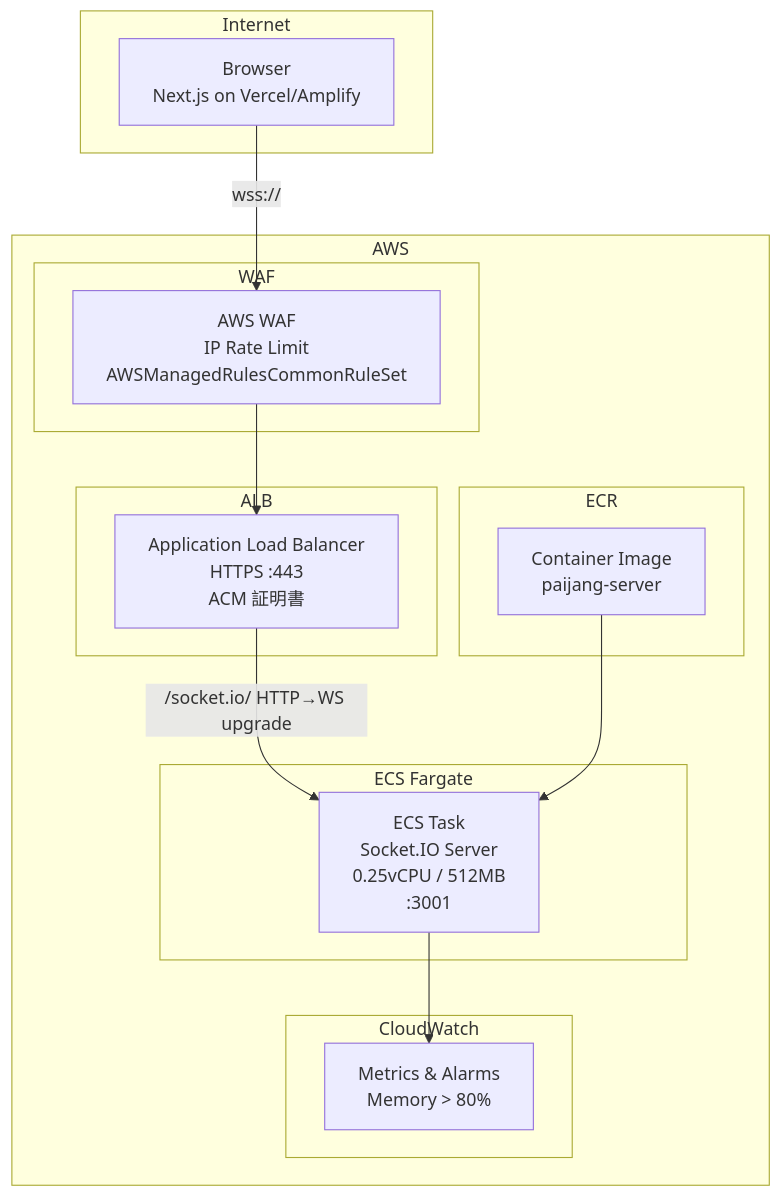
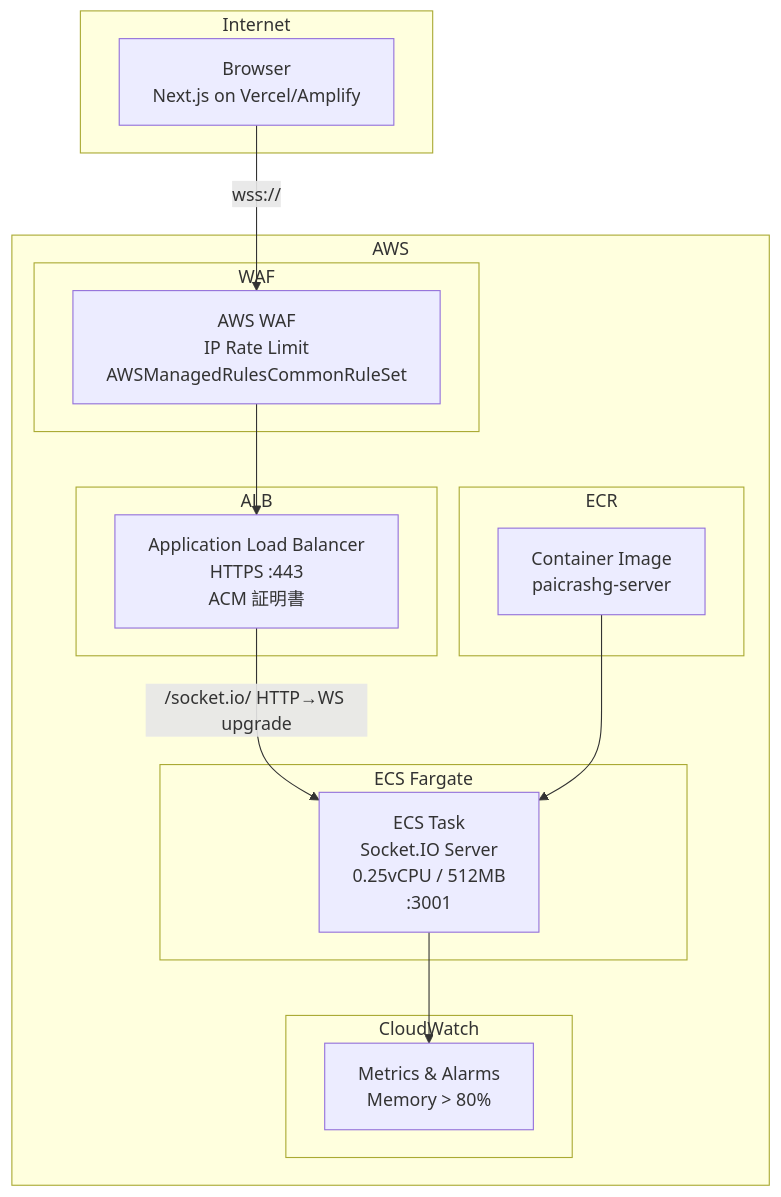
The second of 8 diagrams in .kiro/specs/online-multiplayer/design.md (df-yamashitamasashi/paicrash), drawn with Mermaid before and after one commit. The commit also changed other lines of this file and 34 other files, not shown here.

````diff
--- a/.kiro/specs/online-multiplayer/design.md
+++ b/.kiro/specs/online-multiplayer/design.md
@@ -47,33 +47,33 @@
 ```mermaid
 graph TB
     subgraph Internet
         Browser[Browser<br/>Next.js on Vercel/Amplify]
     end
 
     subgraph AWS
         subgraph WAF_Layer[WAF]
             WAF[AWS WAF<br/>IP Rate Limit<br/>AWSManagedRulesCommonRuleSet]
         end
 
         subgraph ALB_Layer[ALB]
             ALB[Application Load Balancer<br/>HTTPS :443<br/>ACM 証明書]
         end
 
         subgraph ECS_Layer[ECS Fargate]
             Task[ECS Task<br/>Socket.IO Server<br/>0.25vCPU / 512MB<br/>:3001]
         end
 
         subgraph Registry[ECR]
-            ECR[Container Image<br/>paijang-server]
+            ECR[Container Image<br/>paicrashg-server]
         end
 
         subgraph Monitoring[CloudWatch]
             CW[Metrics & Alarms<br/>Memory > 80%]
         end
     end
 
     Browser -->|wss://| WAF --> ALB
     ALB -->|/socket.io/ HTTP→WS upgrade| Task
     ECR --> Task
     Task --> CW
 ```
````
